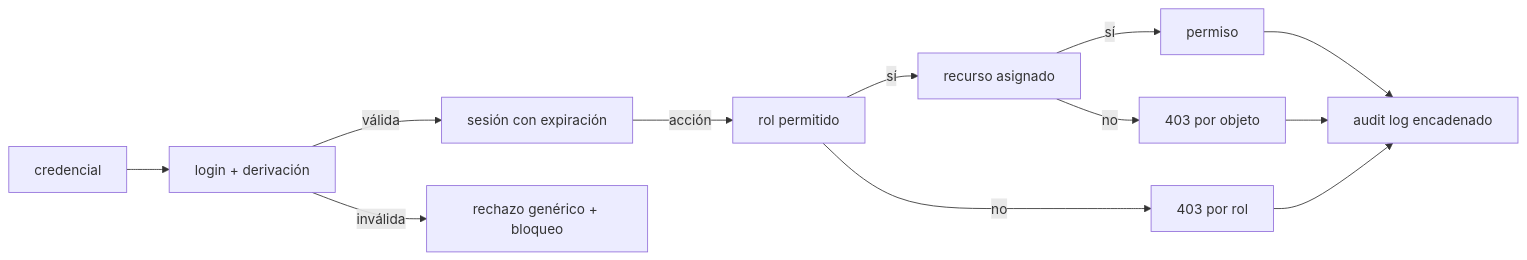
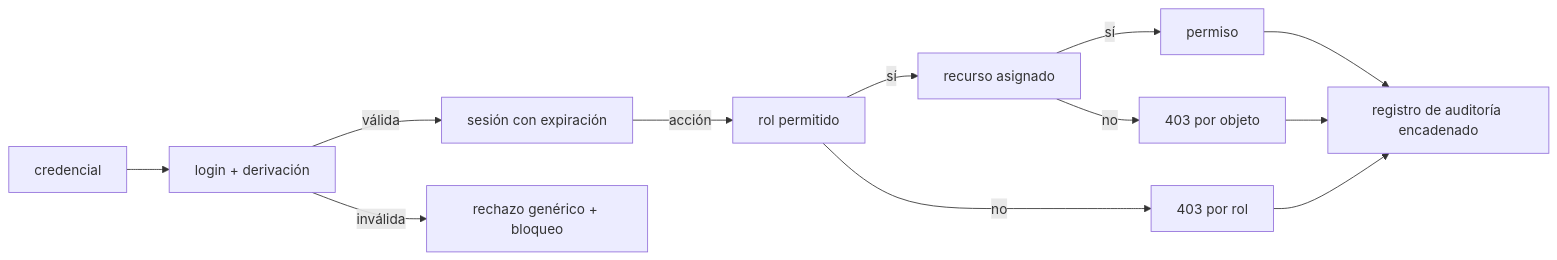
Before and after one commit to NICORUIZ93/The_Imperial_Book: the second of 5 diagrams in web/public/content/foundations/modulo-6.md, drawn with Mermaid. The commit also changed other lines of this file and 1 other file, not shown here.

````diff
--- a/web/public/content/foundations/modulo-6.md
+++ b/web/public/content/foundations/modulo-6.md
@@ -121,14 +540,14 @@
 ```mermaid
 flowchart LR
     CRED["credencial"] --> LOGIN["login + derivación"]
     LOGIN -->|"válida"| SES["sesión con expiración"]
     LOGIN -->|"inválida"| DENY1["rechazo genérico + bloqueo"]
     SES -->|"acción"| ROL["rol permitido"]
     ROL -->|"sí"| OBJ["recurso asignado"]
     ROL -->|"no"| DENY2["403 por rol"]
     OBJ -->|"sí"| OK["permiso"]
     OBJ -->|"no"| DENY3["403 por objeto"]
-    OK --> AUD["audit log encadenado"]
+    OK --> AUD["registro de auditoría encadenado"]
     DENY2 --> AUD
     DENY3 --> AUD
 ```
````
